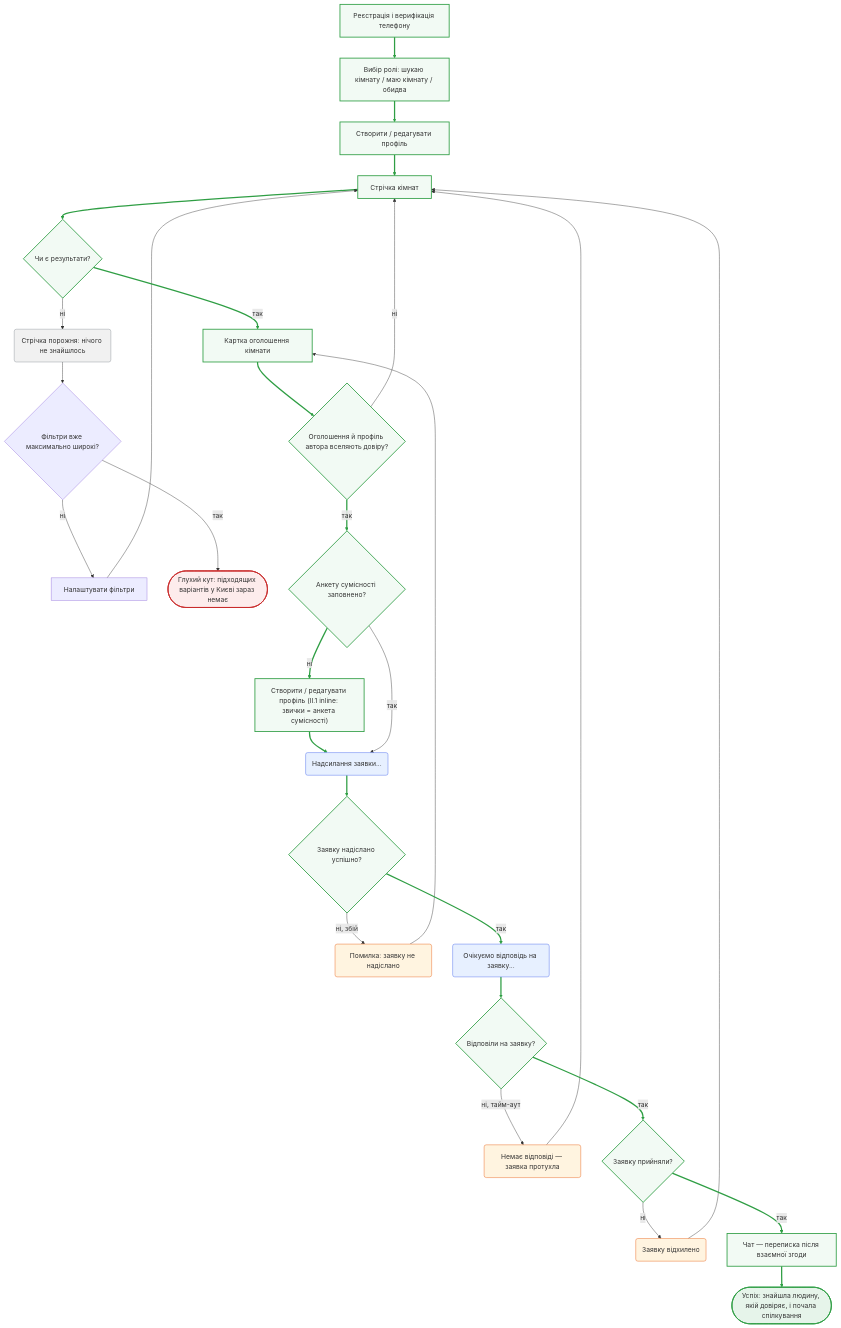
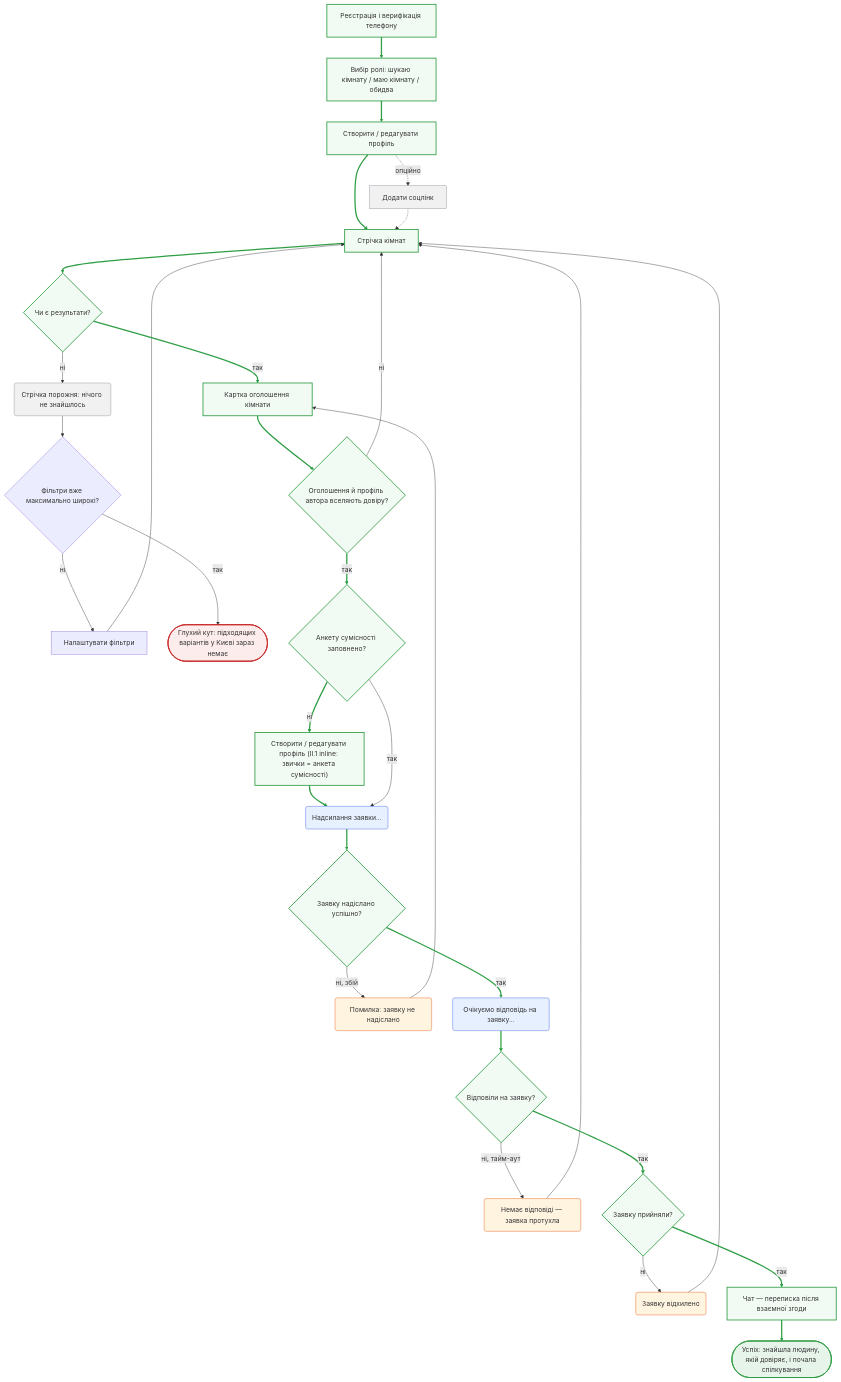
One commit to denysosadchyi/kootok changed the first of 4 diagrams in flows.md. Above: the diagram before and after it, drawn with Mermaid. The commit also changed other lines of this file and 69 other files, not shown here.

````diff
--- a/flows.md
+++ b/flows.md
@@ -25,45 +30,48 @@
 ```mermaid
 flowchart TD
     A["Реєстрація і верифікація телефону"] --> B["Вибір ролі: шукаю кімнату / маю кімнату / обидва"]
     B --> B2["Створити / редагувати профіль"]
     B2 --> C["Стрічка кімнат"]
     C --> D{"Чи є результати?"}
     D -->|ні| E("Стрічка порожня: нічого не знайшлось")
     E --> F{"Фільтри вже максимально широкі?"}
     F -->|ні| G["Налаштувати фільтри"]
     G --> C
     F -->|так| H(["Глухий кут: підходящих варіантів у Києві зараз немає"])
     D -->|так| I["Картка оголошення кімнати"]
     I --> J{"Оголошення й профіль автора вселяють довіру?"}
     J -->|ні| C
     J -->|так| U{"Анкету сумісності заповнено?"}
     U -->|ні| V["Створити / редагувати профіль (II.1 inline: звички = анкета сумісності)"]
     V --> K("Надсилання заявки...")
     U -->|так| K
     K --> L{"Заявку надіслано успішно?"}
     L -->|ні, збій| M("Помилка: заявку не надіслано")
     M --> I
     L -->|так| N("Очікуємо відповідь на заявку...")
     N --> O{"Відповіли на заявку?"}
     O -->|ні, тайм-аут| P("Немає відповіді — заявка протухла")
     P --> C
     O -->|так| Q{"Заявку прийняли?"}
     Q -->|ні| R("Заявку відхилено")
     R --> C
     Q -->|так| S["Чат — переписка після взаємної згоди"]
     S --> T(["Успіх: знайшла людину, якій довіряє, і почала спілкування"])
+    B2 -.->|опційно| B3["Додати соцлінк"]
+    B3 -.-> C
 
     classDef success fill:#e6f4ea,stroke:#2f9e44,stroke-width:2px;
     classDef happy fill:#f2faf4,stroke:#2f9e44,stroke-width:2px;
     classDef stuck fill:#fdecec,stroke:#c92a2a,stroke-width:2px;
     classDef err fill:#fff4e0,stroke:#e8590c;
     classDef wait fill:#e7f0ff,stroke:#4263eb;
     classDef empty fill:#f1f1f1,stroke:#868e96;
     class T success;
     class A,B,B2,C,D,I,J,U,V,L,O,Q,S happy;
+    class B3 empty;
     class H stuck;
     class M,P,R err;
     class K,N wait;
     class E empty;
     linkStyle 0,1,2,3,9,10,12,13,14,16,19,20,23,26,27 stroke:#2f9e44,stroke-width:3px;
 ```
````
